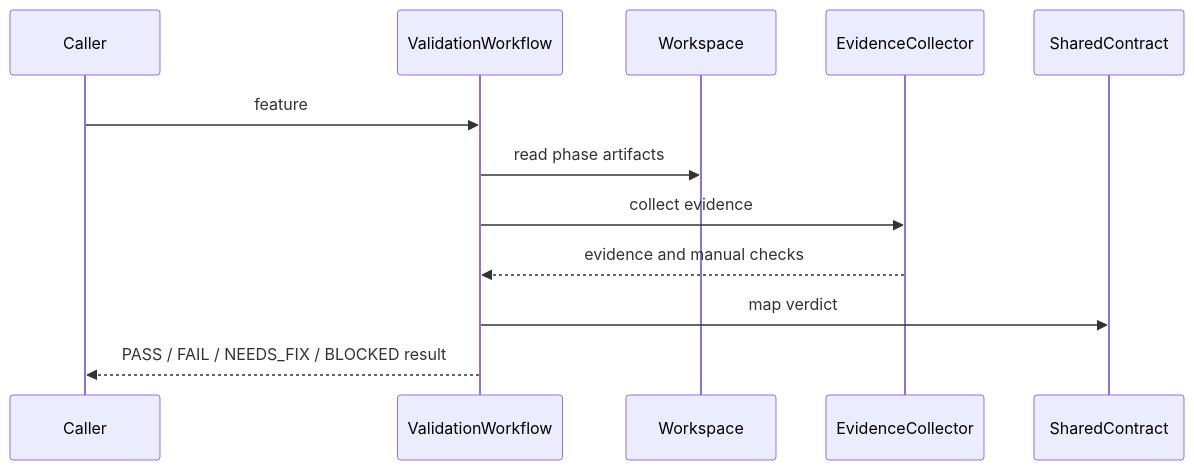
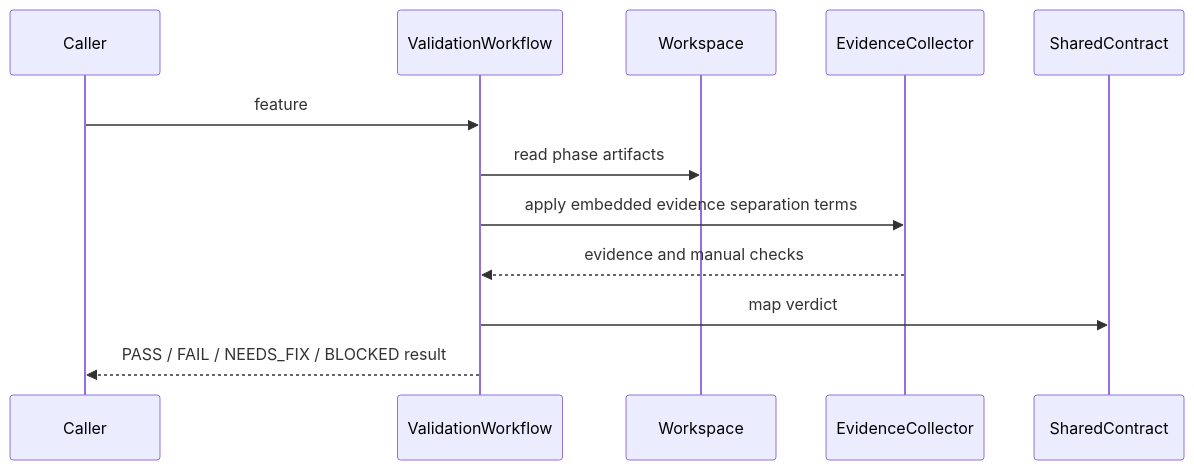
Before and after one commit to j5ik2o/takt-sdd: the third of 3 diagrams in .kiro/specs/kiro-status-validation-workflows/design.md, drawn with Mermaid. The commit also changed other lines of this file and 22 other files, not shown here.

````diff
--- a/.kiro/specs/kiro-status-validation-workflows/design.md
+++ b/.kiro/specs/kiro-status-validation-workflows/design.md
@@ -203,14 +203,14 @@
 ```mermaid
 sequenceDiagram
     participant Caller
     participant ValidationWorkflow
     participant Workspace
     participant EvidenceCollector
     participant SharedContract
     Caller->>ValidationWorkflow: feature
     ValidationWorkflow->>Workspace: read phase artifacts
-    ValidationWorkflow->>EvidenceCollector: collect evidence
+    ValidationWorkflow->>EvidenceCollector: apply embedded evidence separation terms
     EvidenceCollector-->>ValidationWorkflow: evidence and manual checks
     ValidationWorkflow->>SharedContract: map verdict
     ValidationWorkflow-->>Caller: PASS / FAIL / NEEDS_FIX / BLOCKED result
 ```
````
